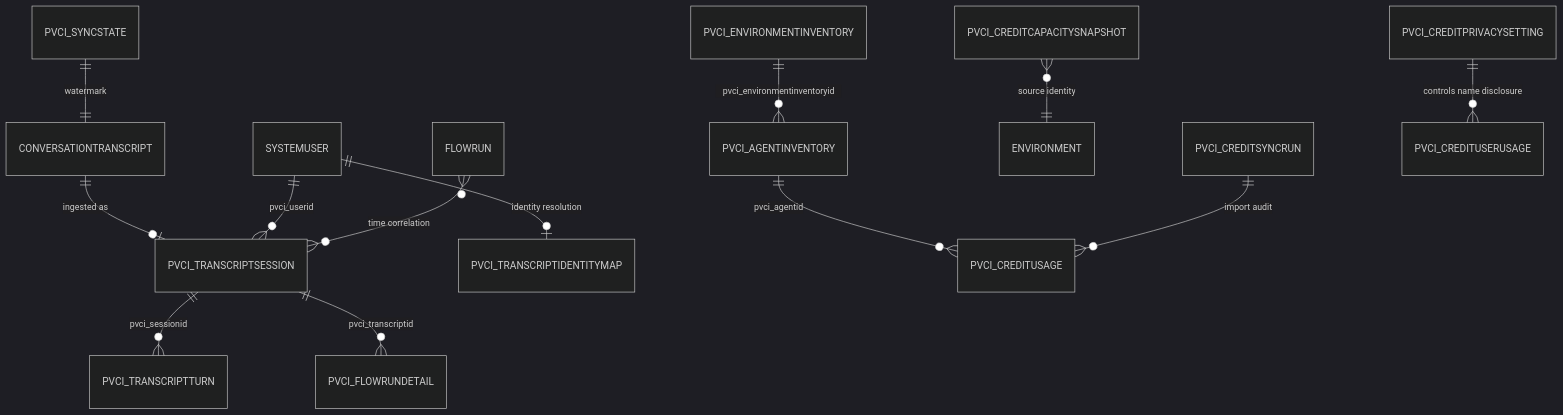
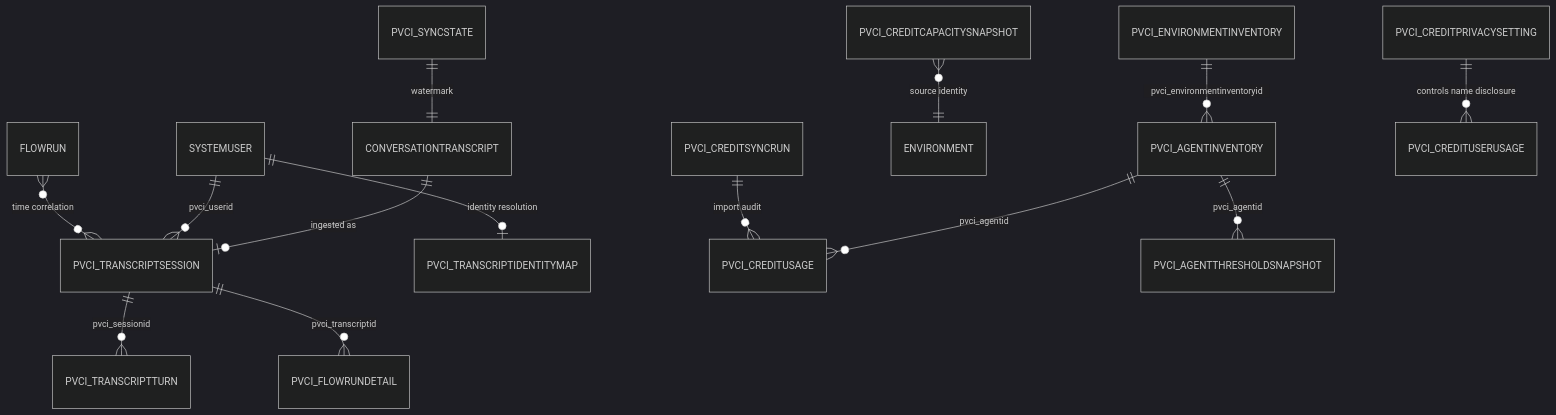
Before and after one commit to pavecer/mcs-transcript-analyzer: the diagram in docs/data-model.md, drawn with Mermaid (dark theme). The commit also changed other lines of this file and 67 other files, not shown here.

````diff
--- a/docs/data-model.md
+++ b/docs/data-model.md
@@ -11,15 +11,16 @@
 ```mermaid
 erDiagram
     CONVERSATIONTRANSCRIPT ||--o| PVCI_TRANSCRIPTSESSION : "ingested as"
     SYSTEMUSER ||--o{ PVCI_TRANSCRIPTSESSION : "pvci_userid"
     PVCI_TRANSCRIPTSESSION ||--o{ PVCI_TRANSCRIPTTURN : "pvci_sessionid"
     SYSTEMUSER ||--o| PVCI_TRANSCRIPTIDENTITYMAP : "identity resolution"
     FLOWRUN }o--o{ PVCI_TRANSCRIPTSESSION : "time correlation"
     PVCI_TRANSCRIPTSESSION ||--o{ PVCI_FLOWRUNDETAIL : "pvci_transcriptid"
     PVCI_SYNCSTATE ||--|| CONVERSATIONTRANSCRIPT : "watermark"
     PVCI_ENVIRONMENTINVENTORY ||--o{ PVCI_AGENTINVENTORY : "pvci_environmentinventoryid"
     PVCI_AGENTINVENTORY ||--o{ PVCI_CREDITUSAGE : "pvci_agentid"
+    PVCI_AGENTINVENTORY ||--o{ PVCI_AGENTTHRESHOLDSNAPSHOT : "pvci_agentid"
     PVCI_CREDITCAPACITYSNAPSHOT }o--|| ENVIRONMENT : "source identity"
     PVCI_CREDITSYNCRUN ||--o{ PVCI_CREDITUSAGE : "import audit"
     PVCI_CREDITPRIVACYSETTING ||--o{ PVCI_CREDITUSERUSAGE : "controls name disclosure"
 ```
````
